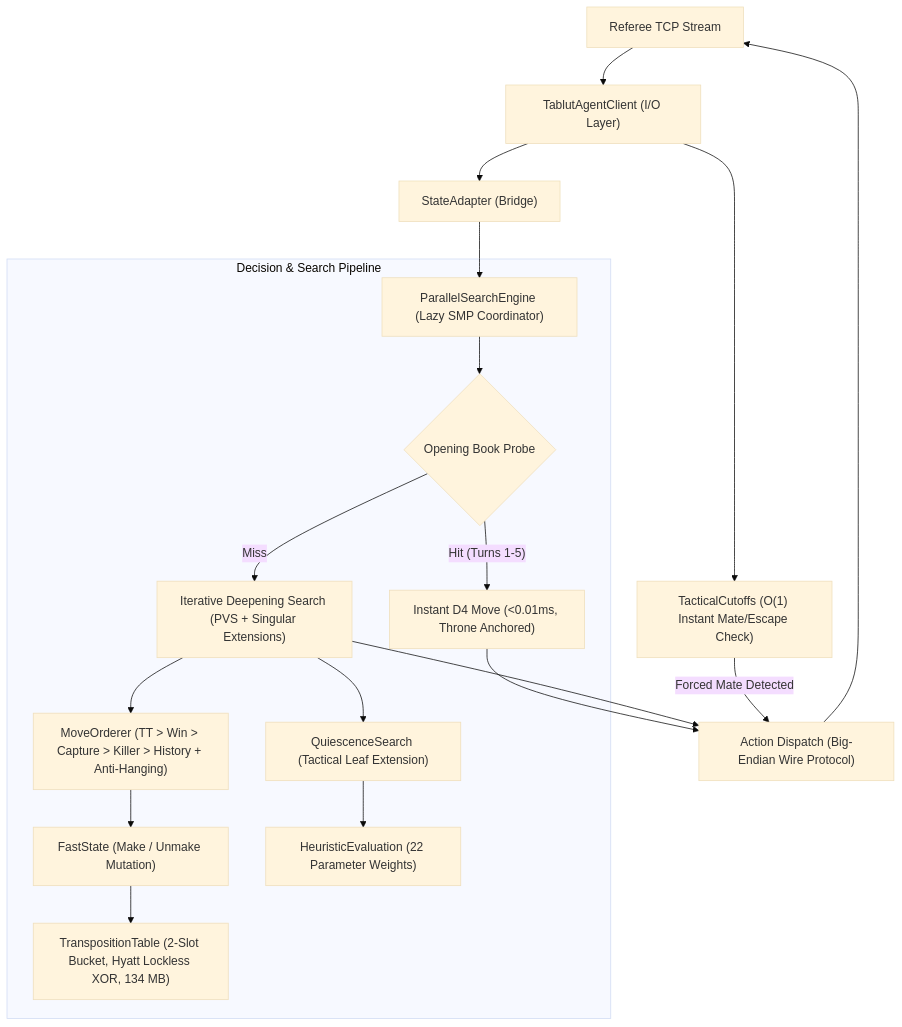
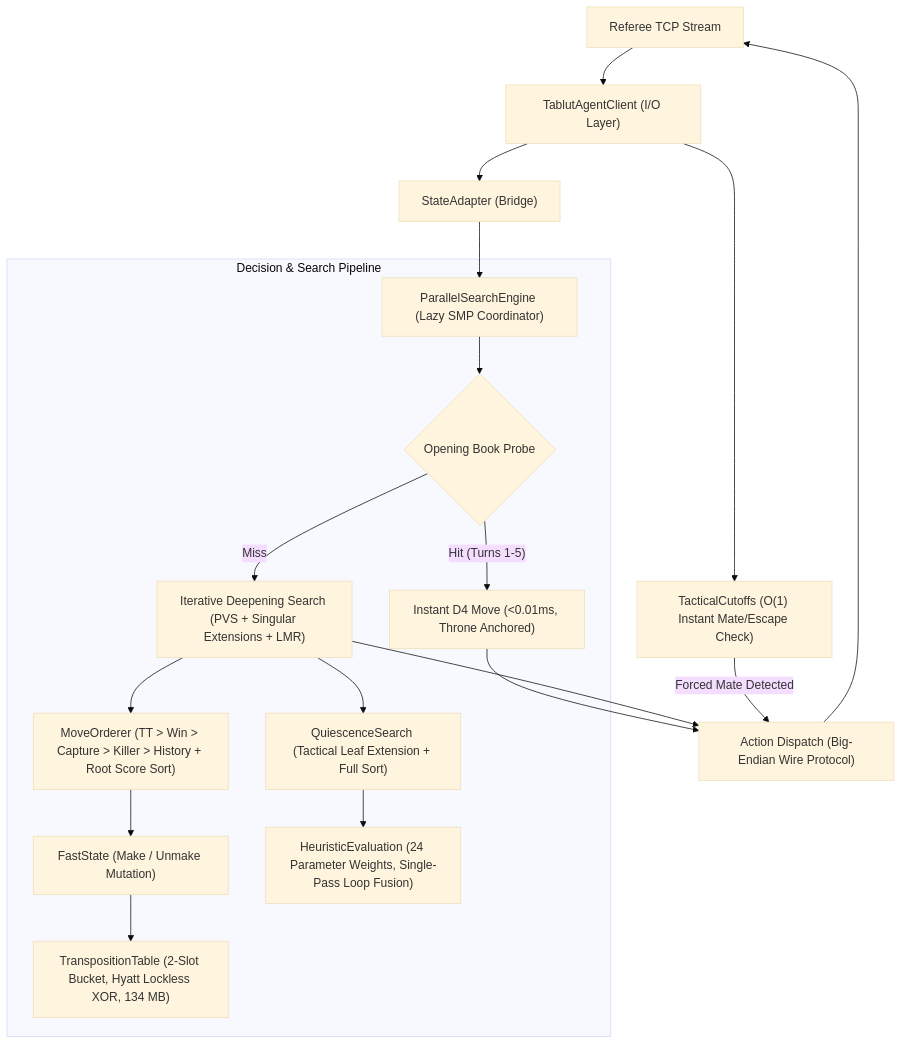
Before and after one commit to MercuryDCD/Tablut-FundamentalsAIMASTER: the diagram in docs/wiki/Home.md, drawn with Mermaid (base theme). The commit also changed other lines of this file and 18 other files, not shown here.

````diff
--- a/docs/wiki/Home.md
+++ b/docs/wiki/Home.md
@@ -82,23 +81,23 @@
 ```mermaid
 flowchart TD
     A["Referee TCP Stream"] --> B["TablutAgentClient (I/O Layer)"]
     B --> C["StateAdapter (Bridge)"]
     B --> TC["TacticalCutoffs (O(1) Instant Mate/Escape Check)"]
     C --> D["ParallelSearchEngine (Lazy SMP Coordinator)"]
     
     subgraph "Decision & Search Pipeline"
         D --> E{"Opening Book Probe"}
         E -- "Hit (Turns 1-5)" --> F["Instant D4 Move (<0.01ms, Throne Anchored)"]
-        E -- "Miss" --> G["Iterative Deepening Search (PVS + Singular Extensions)"]
-        G --> H["MoveOrderer (TT > Win > Capture > Killer > History + Anti-Hanging)"]
+        E -- "Miss" --> G["Iterative Deepening Search (PVS + Singular Extensions + LMR)"]
+        G --> H["MoveOrderer (TT > Win > Capture > Killer > History + Root Score Sort)"]
         H --> I["FastState (Make / Unmake Mutation)"]
         I --> J["TranspositionTable (2-Slot Bucket, Hyatt Lockless XOR, 134 MB)"]
-        G --> K["QuiescenceSearch (Tactical Leaf Extension)"]
-        K --> L["HeuristicEvaluation (22 Parameter Weights)"]
+        G --> K["QuiescenceSearch (Tactical Leaf Extension + Full Sort)"]
+        K --> L["HeuristicEvaluation (24 Parameter Weights, Single-Pass Loop Fusion)"]
     end
     
     TC -- "Forced Mate Detected" --> M["Action Dispatch (Big-Endian Wire Protocol)"]
     F --> M
     G --> M
     M --> A
 ```
````
